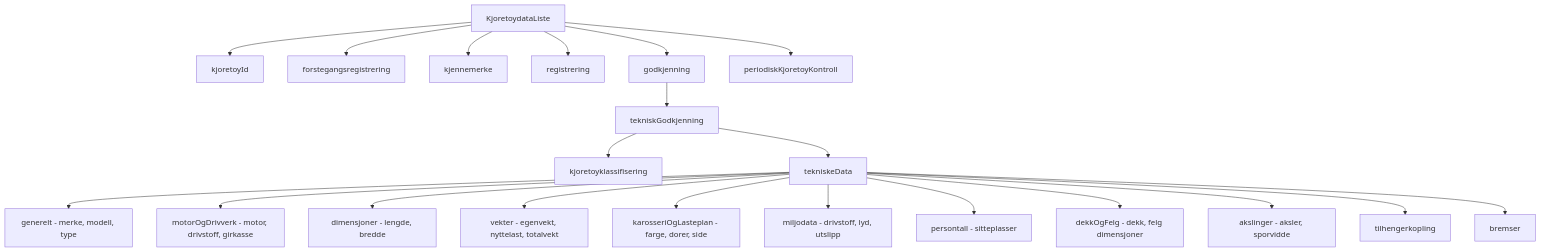
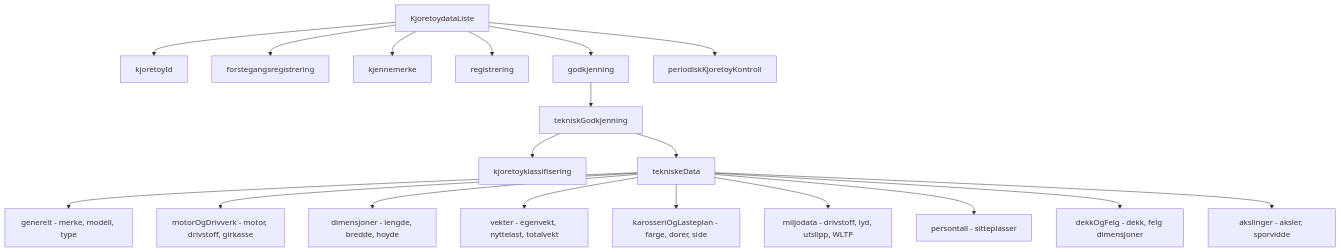
The first of 2 diagrams in plans/enhanced-vehicle-data-ui.md (w3bdesign/Statens-Vegvesen), drawn with Mermaid before and after one commit. The commit also changed other lines of this file and 7 other files, not shown here.

````diff
--- a/plans/enhanced-vehicle-data-ui.md
+++ b/plans/enhanced-vehicle-data-ui.md
@@ -28,25 +26,23 @@
 ```mermaid
 graph TD
     A[KjoretoydataListe] --> B[kjoretoyId]
     A --> C[forstegangsregistrering]
     A --> D[kjennemerke]
     A --> E[registrering]
     A --> F[godkjenning]
     A --> G[periodiskKjoretoyKontroll]
 
     F --> F1[tekniskGodkjenning]
     F1 --> F1a[kjoretoyklassifisering]
     F1 --> F1b[tekniskeData]
 
     F1b --> T1[generelt - merke, modell, type]
     F1b --> T2[motorOgDrivverk - motor, drivstoff, girkasse]
-    F1b --> T3[dimensjoner - lengde, bredde]
+    F1b --> T3[dimensjoner - lengde, bredde, hoyde]
     F1b --> T4[vekter - egenvekt, nyttelast, totalvekt]
     F1b --> T5[karosseriOgLasteplan - farge, dorer, side]
-    F1b --> T6[miljodata - drivstoff, lyd, utslipp]
+    F1b --> T6[miljodata - drivstoff, lyd, utslipp, WLTP]
     F1b --> T7[persontall - sitteplasser]
     F1b --> T8[dekkOgFelg - dekk, felg dimensjoner]
     F1b --> T9[akslinger - aksler, sporvidde]
-    F1b --> T10[tilhengerkopling]
-    F1b --> T11[bremser]
 ```
````
